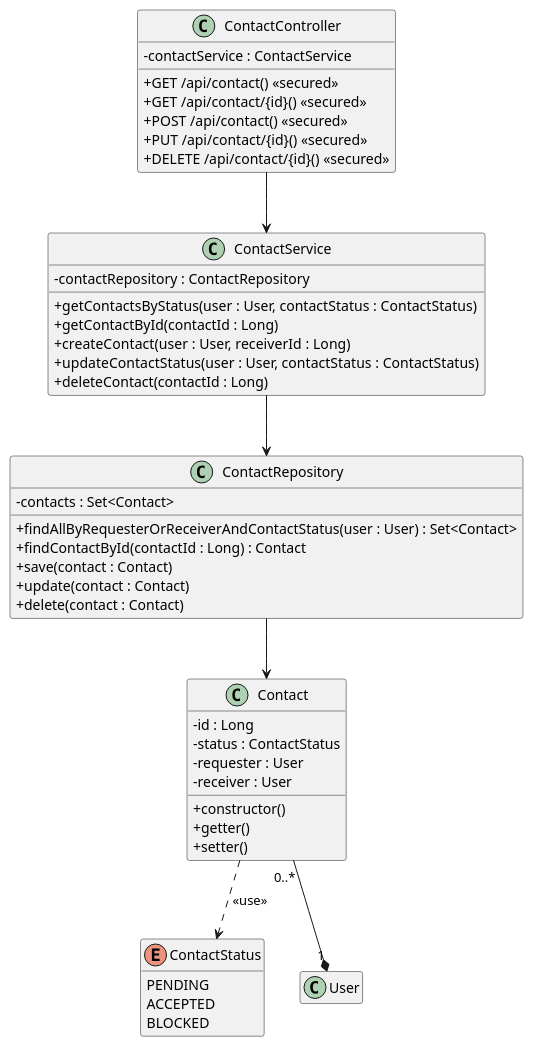
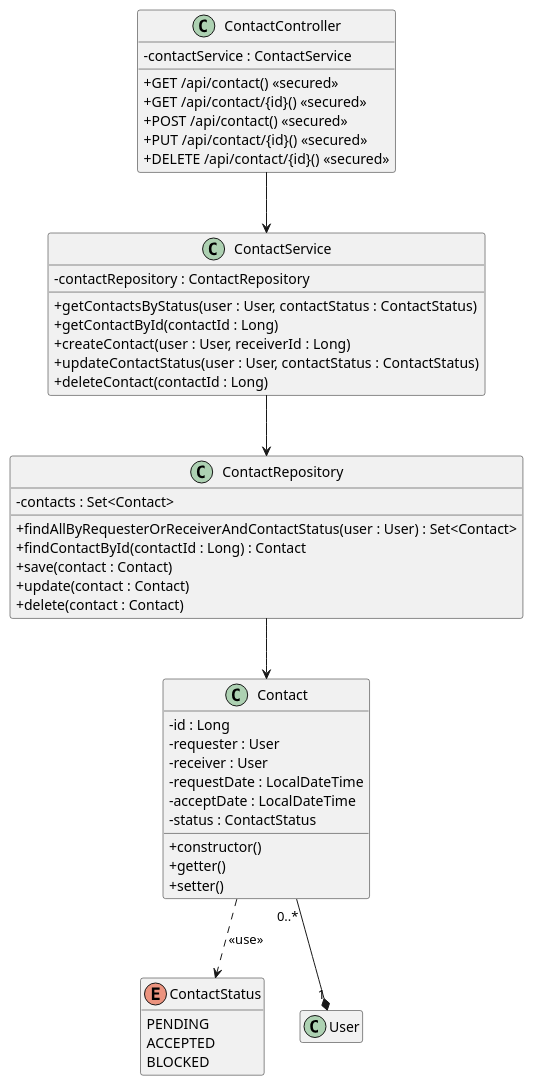
The diagram in uml/class/Class_Contact.puml (SpaghettiCodeGang/TryLater-Server), drawn with PlantUML before and after one commit. The commit also changed 4 other files, not shown here.

Commit message:
feat: updates class diagrams

```diff
--- a/uml/class/Class_Contact.puml
+++ b/uml/class/Class_Contact.puml
@@ -1,50 +1,52 @@
 @startuml
 skinparam classAttributeIconSize 0
 hide empty members
 
 enum ContactStatus {
     PENDING
     ACCEPTED
     BLOCKED
 }
 class Contact {
     - id : Long
-    - status : ContactStatus
     - requester : User
     - receiver : User
+    - requestDate : LocalDateTime
+    - acceptDate : LocalDateTime
+    - status : ContactStatus
     + constructor()
     + getter()
     + setter()
 }
 class ContactRepository {
     - contacts : Set<Contact>
     + findAllByRequesterOrReceiverAndContactStatus(user : User) : Set<Contact>
     + findContactById(contactId : Long) : Contact
     + save(contact : Contact)
     + update(contact : Contact)
     + delete(contact : Contact)
 }
 class ContactService {
     - contactRepository : ContactRepository
     + getContactsByStatus(user : User, contactStatus : ContactStatus)
     + getContactById(contactId : Long)
     + createContact(user : User, receiverId : Long)
     + updateContactStatus(user : User, contactStatus : ContactStatus)
     + deleteContact(contactId : Long)
 }
 class ContactController {
     - contactService : ContactService
     + GET /api/contact() <<secured>>
     + GET /api/contact/{id}() <<secured>>
     + POST /api/contact() <<secured>>
     + PUT /api/contact/{id}() <<secured>>
     + DELETE /api/contact/{id}() <<secured>>
 }
 
 Contact "0..*" --* "1" User
 Contact ..> ContactStatus : <<use>>
 ContactRepository --> Contact
 ContactService --> ContactRepository
 ContactController --> ContactService
 
 @enduml
```
